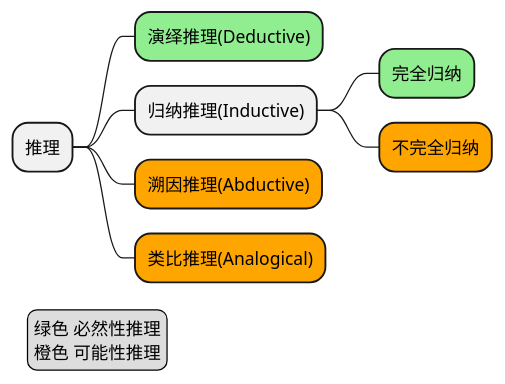
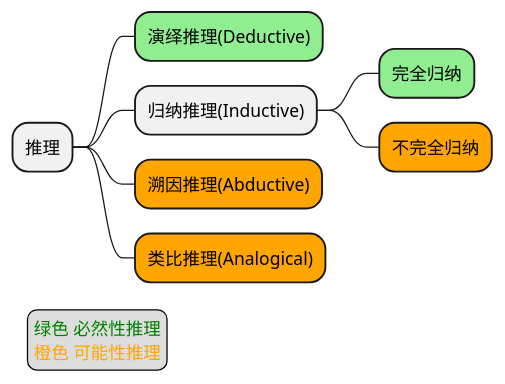
Before and after one commit to holmofy/blog.hufeifei.cn: the second of 5 diagrams in source/_posts/logic/logic.md, drawn with PlantUML.

````diff
--- a/source/_posts/logic/logic.md
+++ b/source/_posts/logic/logic.md
@@ -42,15 +42,15 @@
 ```plantuml
 @startmindmap
 * 推理
 **[#LightGreen] 演绎推理(Deductive)
 ** 归纳推理(Inductive)
 ***[#LightGreen] 完全归纳
 ***[#Orange] 不完全归纳
 **[#Orange] 溯因推理(Abductive)
 **[#Orange] 类比推理(Analogical)
 legend left
-  绿色 必然性推理
-  橙色 可能性推理
+  <font color="green">绿色 必然性推理</font>
+  <font color="orange">橙色 可能性推理</font>
 endlegend
 @endmindmap
 ```
````
